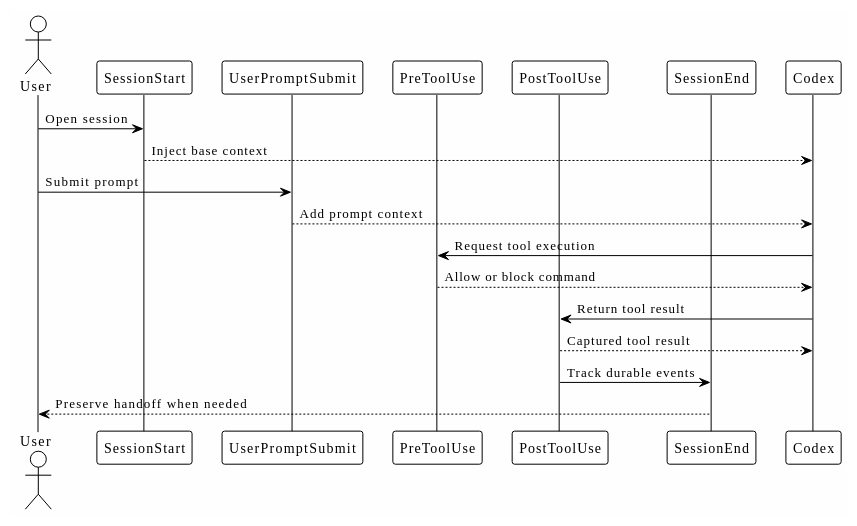
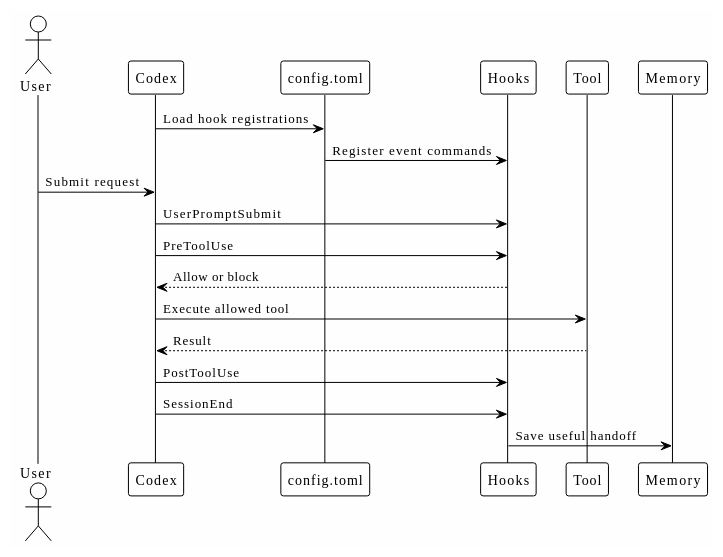
Before and after one commit to ivanhoinacki/codex-workflow-workbook: the diagram in docs/08-hooks.md, drawn with PlantUML. The commit also changed other lines of this file and 39 other files, not shown here.

````diff
--- a/docs/08-hooks.md
+++ b/docs/08-hooks.md
@@ -35,25 +40,25 @@
 ```plantuml
 @startuml
 !theme plain
 skinparam backgroundColor #FEFEFE
 
 actor User
-participant SessionStart
-participant UserPromptSubmit
-participant PreToolUse
-participant PostToolUse
-participant SessionEnd
 participant Codex
+participant "config.toml" as Config
+participant Hooks
+participant Tool
+participant Memory
 
-User -> SessionStart: Open session
-SessionStart --> Codex: Inject base context
-User -> UserPromptSubmit: Submit prompt
-UserPromptSubmit --> Codex: Add prompt context
-Codex -> PreToolUse: Request tool execution
-PreToolUse --> Codex: Allow or block command
-Codex -> PostToolUse: Return tool result
-PostToolUse --> Codex: Captured tool result
-PostToolUse -> SessionEnd: Track durable events
-SessionEnd --> User: Preserve handoff when needed
+Codex -> Config: Load hook registrations
+Config -> Hooks: Register event commands
+User -> Codex: Submit request
+Codex -> Hooks: UserPromptSubmit
+Codex -> Hooks: PreToolUse
+Hooks --> Codex: Allow or block
+Codex -> Tool: Execute allowed tool
+Tool --> Codex: Result
+Codex -> Hooks: PostToolUse
+Codex -> Hooks: SessionEnd
+Hooks -> Memory: Save useful handoff
 @enduml
 ```
````
